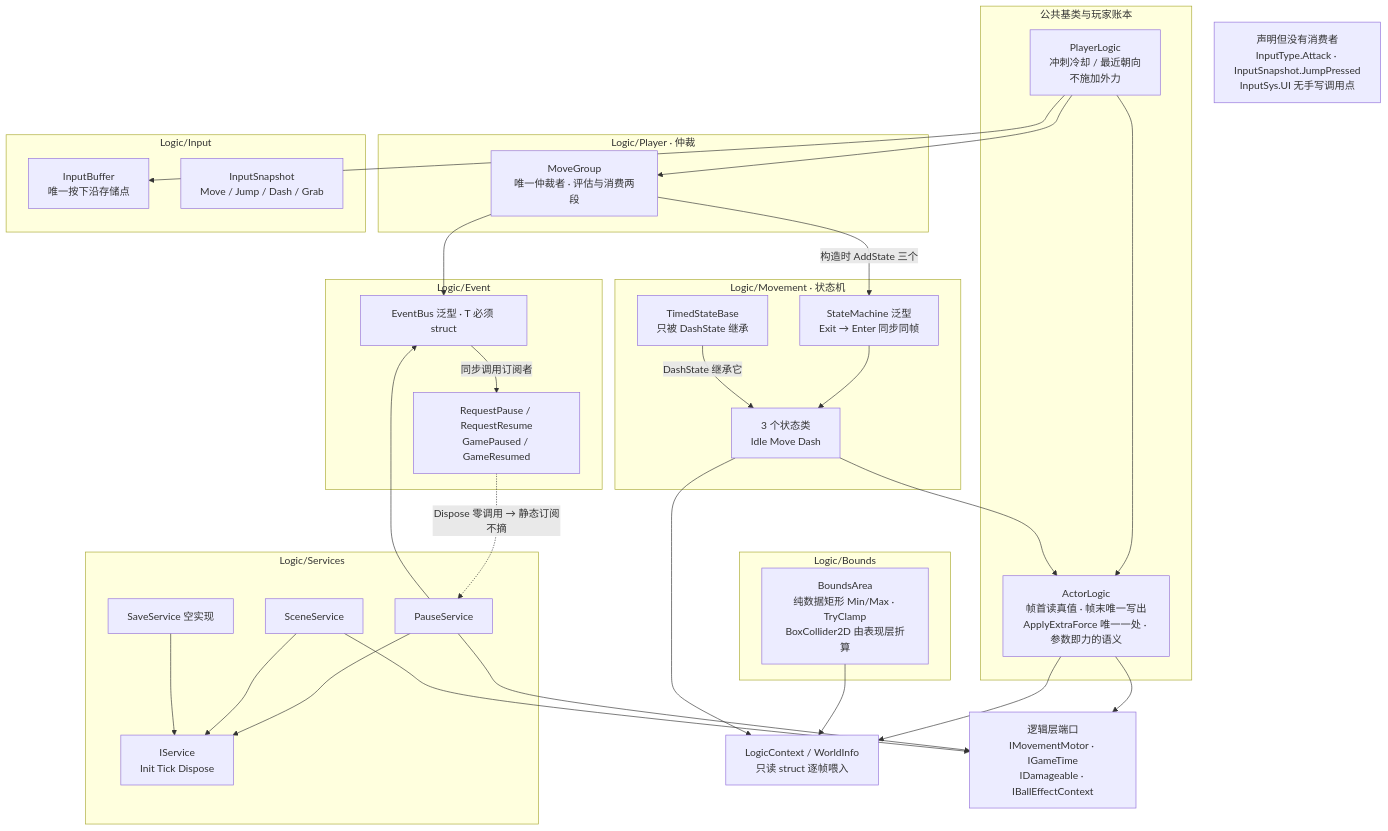
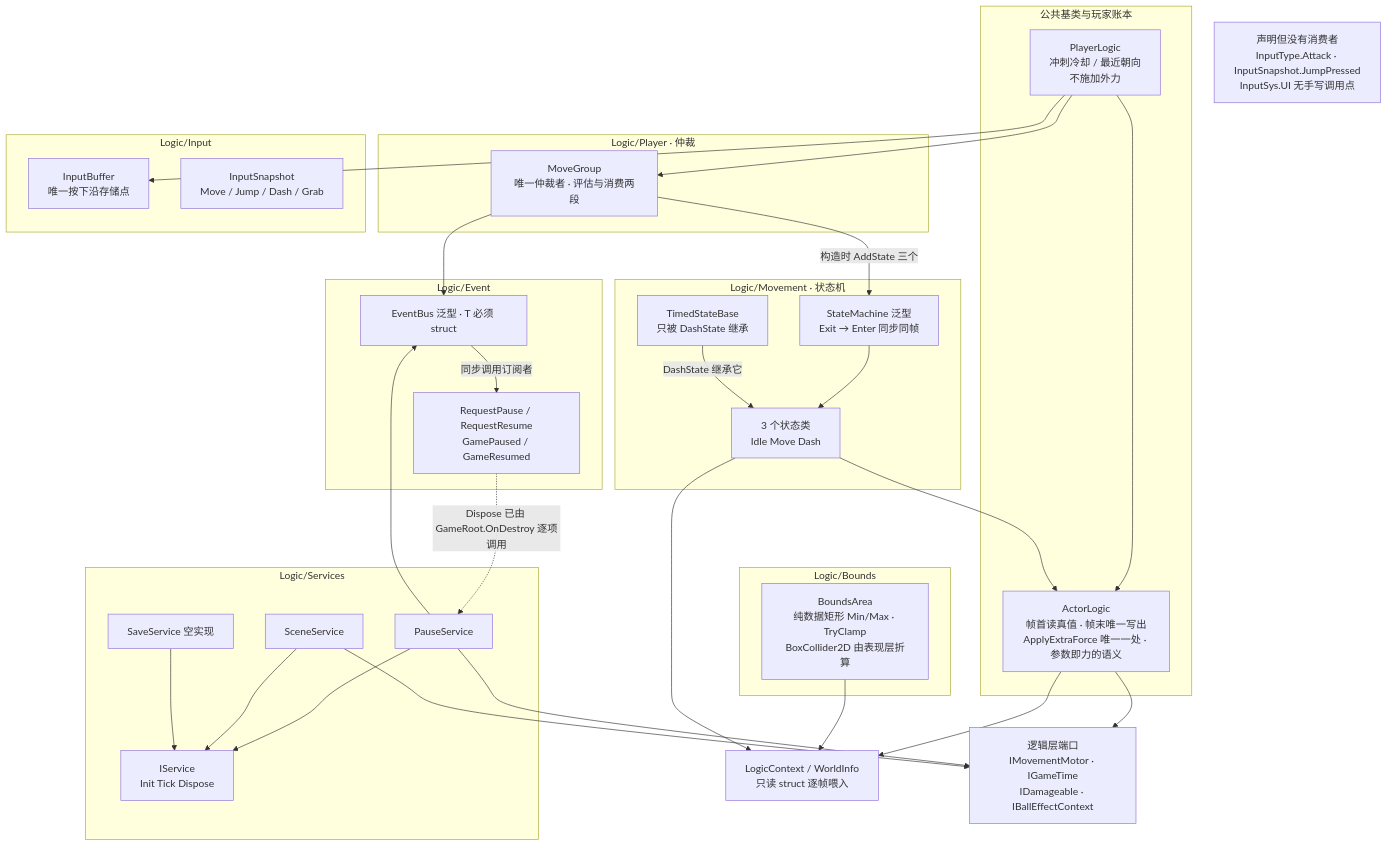
The third of 16 diagrams in Docs/框架设计/架构图集.md (5FYZhou/deepseaoil), drawn with Mermaid before and after one commit. The commit also changed other lines of this file and 45 other files, not shown here.

````diff
--- a/Docs/框架设计/架构图集.md
+++ b/Docs/框架设计/架构图集.md
@@ -129,55 +129,55 @@
 ```mermaid
 flowchart TD
   subgraph ENT["公共基类与玩家账本"]
     AL["ActorLogic<br/>帧首读真值 · 帧末唯一写出<br/>ApplyExtraForce 唯一一处 · 参数即力的语义"]
     PL["PlayerLogic<br/>冲刺冷却 / 最近朝向<br/>不施加外力"]
   end
   subgraph ARB["Logic/Player · 仲裁"]
     MG["MoveGroup<br/>唯一仲裁者 · 评估与消费两段"]
   end
   subgraph FSM["Logic/Movement · 状态机"]
     SM["StateMachine 泛型<br/>Exit → Enter 同步同帧"]
     ST["3 个状态类<br/>Idle Move Dash"]
     TSB["TimedStateBase<br/>只被 DashState 继承"]
   end
   subgraph INP["Logic/Input"]
     IB["InputBuffer<br/>唯一按下沿存储点"]
     ISN["InputSnapshot<br/>Move / Jump / Dash / Grab"]
   end
   subgraph BND["Logic/Bounds"]
     BA["BoundsArea<br/>纯数据矩形 Min/Max · TryClamp<br/>BoxCollider2D 由表现层折算"]
   end
   subgraph SVC["Logic/Services"]
     ISI["IService<br/>Init Tick Dispose"]
     PS["PauseService"]
     SS["SceneService"]
     SV2["SaveService 空实现"]
   end
   subgraph EVT["Logic/Event"]
     EB["EventBus 泛型 · T 必须 struct"]
     EV["RequestPause / RequestResume<br/>GamePaused / GameResumed"]
   end
   LC["LogicContext / WorldInfo<br/>只读 struct 逐帧喂入"]
   PORT["逻辑层端口<br/>IMovementMotor · IGameTime<br/>IDamageable · IBallEffectContext"]
   DEAD["声明但没有消费者<br/>InputType.Attack · InputSnapshot.JumpPressed<br/>InputSys.UI 无手写调用点"]
   PL --> AL
   PL --> MG
   PL --> IB
   MG -->|"构造时 AddState 三个"| SM
   SM --> ST
   ST --> AL
   TSB -->|"DashState 继承它"| ST
   AL --> LC
   BA --> LC
   AL --> PORT
   ST --> LC
   MG --> EB
   EB -->|"同步调用订阅者"| EV
   PS --> EB
   PS --> ISI
   SS --> ISI
   SV2 --> ISI
   PS --> PORT
   SS --> PORT
-  EV -.->|"Dispose 零调用 → 静态订阅不摘"| PS
+  EV -.->|"Dispose 已由 GameRoot.OnDestroy 逐项调用"| PS
 ```
````
